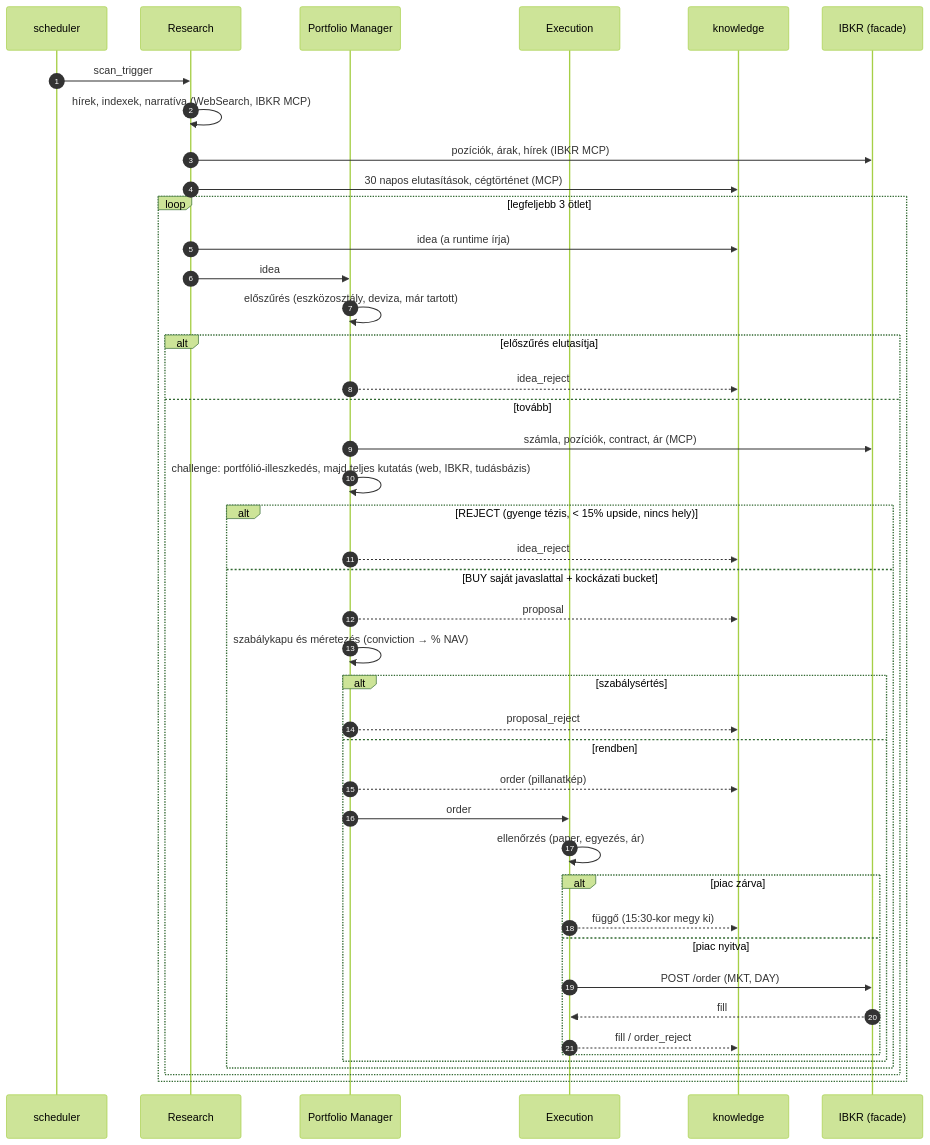
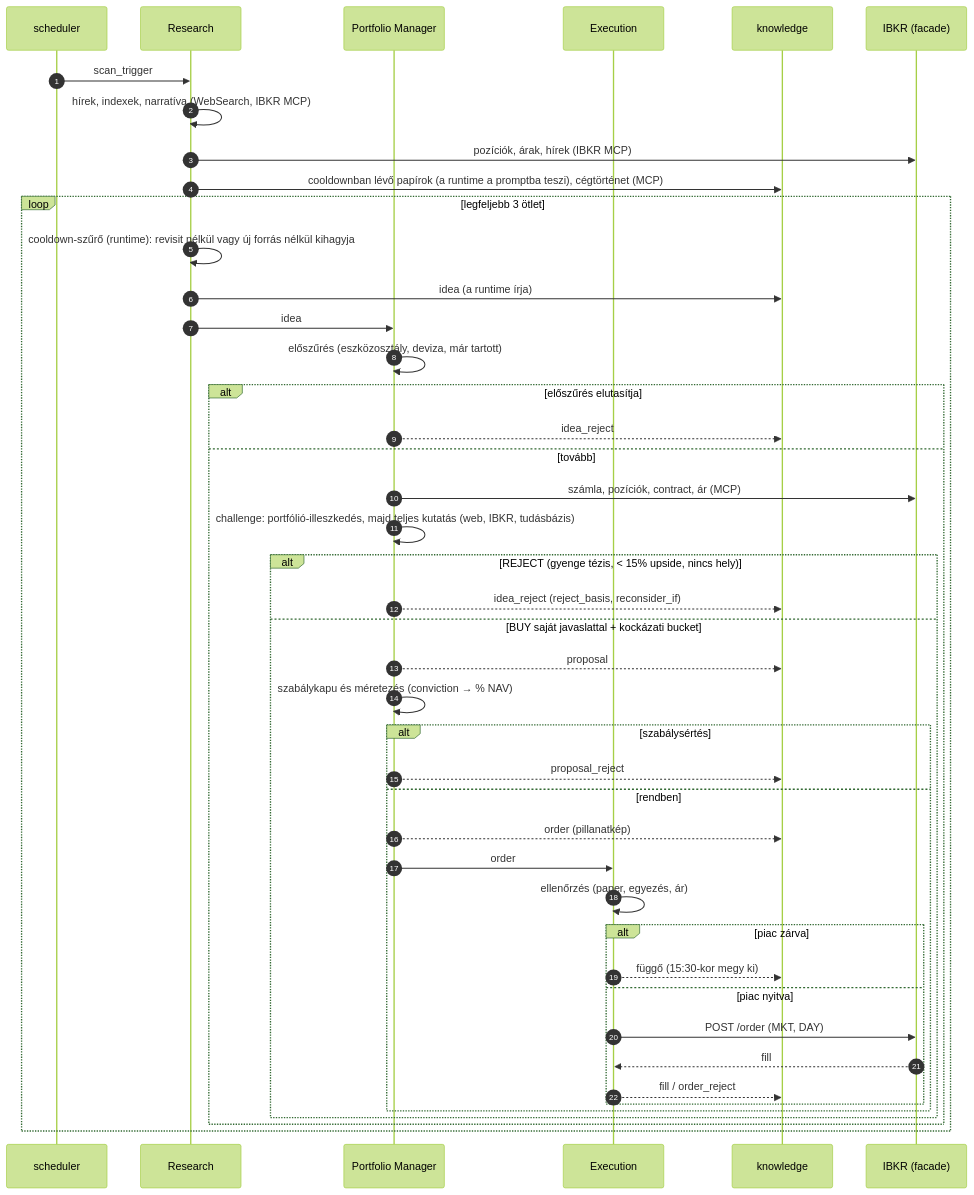
One commit to medovarszki/auxin-agentic-investment-organization changed the third of 9 diagrams in README.md. Above: the diagram before and after it, drawn with Mermaid (forest theme). The commit also changed other lines of this file and 22 other files, not shown here.

````diff
--- a/README.md
+++ b/README.md
@@ -263,46 +270,47 @@
 ```mermaid
 sequenceDiagram
     autonumber
     participant S as scheduler
     participant R as Research
     participant PM as Portfolio Manager
     participant E as Execution
     participant KB as knowledge
     participant IB as IBKR (facade)
 
     S->>R: scan_trigger
     R->>R: hírek, indexek, narratíva (WebSearch, IBKR MCP)
     R->>IB: pozíciók, árak, hírek (IBKR MCP)
-    R->>KB: 30 napos elutasítások, cégtörténet (MCP)
+    R->>KB: cooldownban lévő papírok (a runtime a promptba teszi), cégtörténet (MCP)
     loop legfeljebb 3 ötlet
+        R->>R: cooldown-szűrő (runtime): revisit nélkül vagy új forrás nélkül kihagyja
         R->>KB: idea (a runtime írja)
         R->>PM: idea
         PM->>PM: előszűrés (eszközosztály, deviza, már tartott)
         alt előszűrés elutasítja
             PM-->>KB: idea_reject
         else tovább
             PM->>IB: számla, pozíciók, contract, ár (MCP)
             PM->>PM: challenge: portfólió-illeszkedés, majd teljes kutatás (web, IBKR, tudásbázis)
             alt REJECT (gyenge tézis, < 15% upside, nincs hely)
-                PM-->>KB: idea_reject
+                PM-->>KB: idea_reject (reject_basis, reconsider_if)
             else BUY saját javaslattal + kockázati bucket
                 PM-->>KB: proposal
                 PM->>PM: szabálykapu és méretezés (conviction → % NAV)
                 alt szabálysértés
                     PM-->>KB: proposal_reject
                 else rendben
                     PM-->>KB: order (pillanatkép)
                     PM->>E: order
                     E->>E: ellenőrzés (paper, egyezés, ár)
                     alt piac zárva
                         E-->>KB: függő (15:30-kor megy ki)
                     else piac nyitva
                         E->>IB: POST /order (MKT, DAY)
                         IB-->>E: fill
                         E-->>KB: fill / order_reject
                     end
                 end
             end
         end
     end
 ```
````
